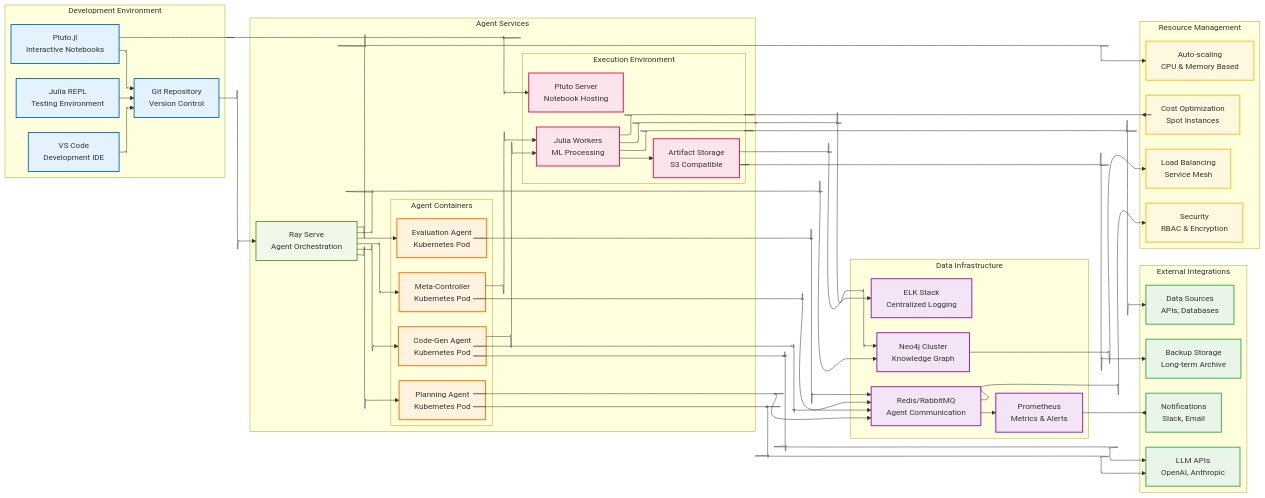
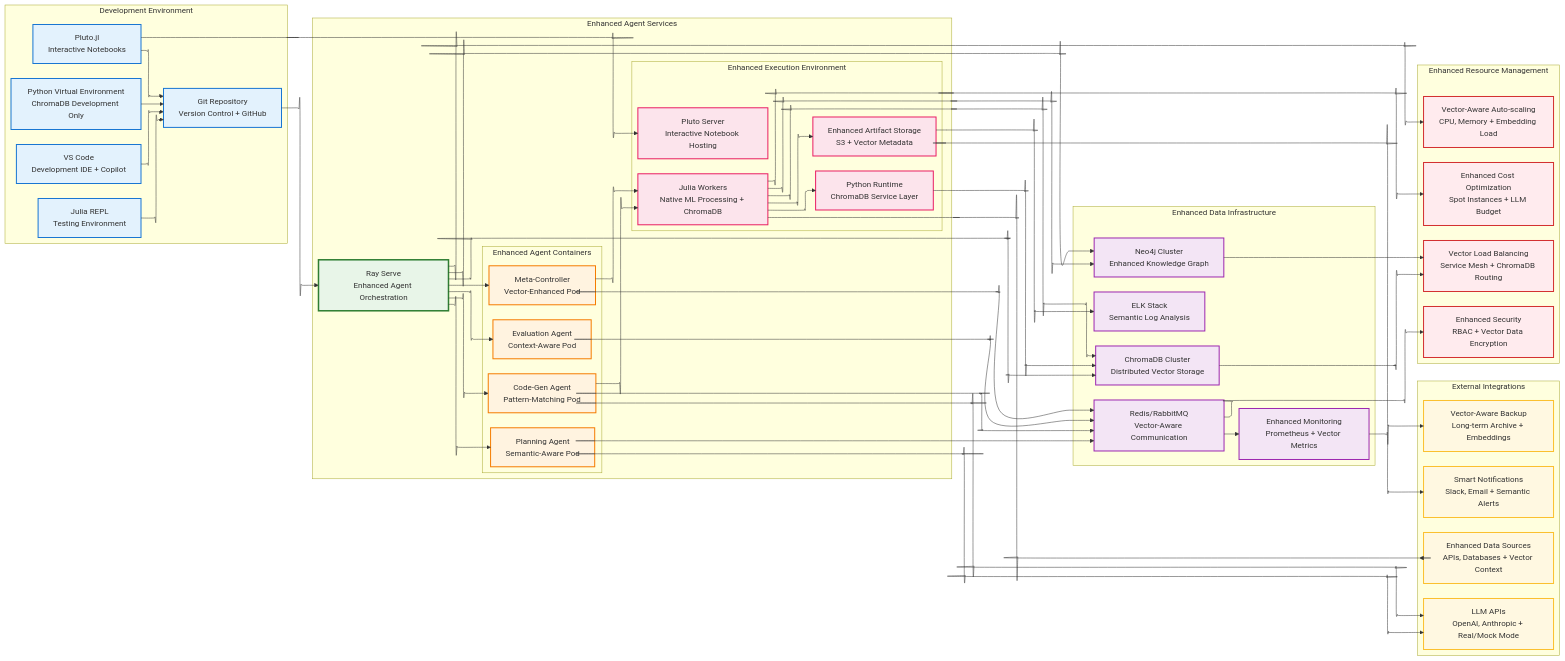
The seventh of 8 diagrams in docs/architecture_diagrams.md (rljonesiii/datamind), drawn with Mermaid before and after one commit. The commit also changed other lines of this file and 29 other files, not shown here.

````diff
--- a/docs/architecture_diagrams.md
+++ b/docs/architecture_diagrams.md
@@ -431,76 +658,84 @@
 %%{init: {"flowchart": {"htmlLabels": true, "curve": "cardinal", "useMaxWidth": true}, "layout": "elk"}}%%
 graph LR
     subgraph "Development Environment"
-        VSCODE["VS Code<br/>Development IDE"]
+        VSCODE["VS Code<br/>Development IDE + Copilot"]
         PLUTO["Pluto.jl<br/>Interactive Notebooks"]
         REPL["Julia REPL<br/>Testing Environment"]
-        GIT["Git Repository<br/>Version Control"]
+        GIT["Git Repository<br/>Version Control + GitHub"]
+        PYTHON_DEV["Python Virtual Environment<br/>ChromaDB Development Only"]
     end
     
-    subgraph "Agent Services"
-        ORCHESTRATOR["Ray Serve<br/>Agent Orchestration"]
+    subgraph "Enhanced Agent Services"
+        ORCHESTRATOR["Ray Serve<br/>Enhanced Agent Orchestration"]
         
-        subgraph "Agent Containers"
-            META["Meta-Controller<br/>Kubernetes Pod"]
-            PLAN["Planning Agent<br/>Kubernetes Pod"]
-            CODE["Code-Gen Agent<br/>Kubernetes Pod"]
-            EVAL["Evaluation Agent<br/>Kubernetes Pod"]
+        subgraph "Enhanced Agent Containers"
+            META["Meta-Controller<br/>Vector-Enhanced Pod"]
+            PLAN["Planning Agent<br/>Semantic-Aware Pod"]
+            CODE["Code-Gen Agent<br/>Pattern-Matching Pod"]
+            EVAL["Evaluation Agent<br/>Context-Aware Pod"]
         end
         
-        subgraph "Execution Environment"
-            JULIA_WORKER["Julia Workers<br/>ML Processing"]
-            PLUTO_SERVER["Pluto Server<br/>Notebook Hosting"]
-            ARTIFACT_STORE["Artifact Storage<br/>S3 Compatible"]
+        subgraph "Enhanced Execution Environment"
+            JULIA_WORKER["Julia Workers<br/>Native ML Processing + ChromaDB"]
+            PLUTO_SERVER["Pluto Server<br/>Interactive Notebook Hosting"]
+            ARTIFACT_STORE["Enhanced Artifact Storage<br/>S3 + Vector Metadata"]
+            PYTHON_RUNTIME["Python Runtime<br/>ChromaDB Service Layer"]
         end
     end
     
-    subgraph "Data Infrastructure"
-        GRAPH_DB["Neo4j Cluster<br/>Knowledge Graph"]
-        MESSAGE_BUS["Redis/RabbitMQ<br/>Agent Communication"]
-        MONITORING["Prometheus<br/>Metrics & Alerts"]
-        LOGGING["ELK Stack<br/>Centralized Logging"]
+    subgraph "Enhanced Data Infrastructure"
+        VECTOR_CLUSTER["ChromaDB Cluster<br/>Distributed Vector Storage"]
+        GRAPH_DB["Neo4j Cluster<br/>Enhanced Knowledge Graph"]
+        MESSAGE_BUS["Redis/RabbitMQ<br/>Vector-Aware Communication"]
+        MONITORING["Enhanced Monitoring<br/>Prometheus + Vector Metrics"]
+        LOGGING["ELK Stack<br/>Semantic Log Analysis"]
     end
     
     subgraph "External Integrations"
-        LLM_API["LLM APIs<br/>OpenAI, Anthropic"]
-        DATA_SOURCES["Data Sources<br/>APIs, Databases"]
-        NOTIFICATION["Notifications<br/>Slack, Email"]
-        BACKUP["Backup Storage<br/>Long-term Archive"]
+        LLM_API["LLM APIs<br/>OpenAI, Anthropic + Real/Mock Mode"]
+        DATA_SOURCES["Enhanced Data Sources<br/>APIs, Databases + Vector Context"]
+        NOTIFICATION["Smart Notifications<br/>Slack, Email + Semantic Alerts"]
+        BACKUP["Vector-Aware Backup<br/>Long-term Archive + Embeddings"]
     end
     
-    subgraph "Resource Management"
-        SCALING["Auto-scaling<br/>CPU & Memory Based"]
-        COST["Cost Optimization<br/>Spot Instances"]
-        SECURITY["Security<br/>RBAC & Encryption"]
-        NETWORKING["Load Balancing<br/>Service Mesh"]
+    subgraph "Enhanced Resource Management"
+        SCALING["Vector-Aware Auto-scaling<br/>CPU, Memory + Embedding Load"]
+        COST["Enhanced Cost Optimization<br/>Spot Instances + LLM Budget"]
+        SECURITY["Enhanced Security<br/>RBAC + Vector Data Encryption"]
+        NETWORKING["Vector Load Balancing<br/>Service Mesh + ChromaDB Routing"]
     end
     
     %% Development to Production Flow
     VSCODE --> GIT
     PLUTO --> GIT
     REPL --> GIT
+    PYTHON_DEV --> GIT
     GIT --> ORCHESTRATOR
     
-    %% Agent Orchestration
+    %% Enhanced Agent Orchestration
     ORCHESTRATOR --> META
     ORCHESTRATOR --> PLAN
     ORCHESTRATOR --> CODE
     ORCHESTRATOR --> EVAL
     
-    %% Agent Communication
+    %% Enhanced Agent Communication
     META --> MESSAGE_BUS
     PLAN --> MESSAGE_BUS
     CODE --> MESSAGE_BUS
     EVAL --> MESSAGE_BUS
     
-    %% Execution Flow
+    %% Enhanced Execution Flow
     META --> JULIA_WORKER
     CODE --> JULIA_WORKER
     PLUTO --> PLUTO_SERVER
     JULIA_WORKER --> ARTIFACT_STORE
+    JULIA_WORKER --> PYTHON_RUNTIME
+    PYTHON_RUNTIME --> VECTOR_CLUSTER
     
-    %% Data Infrastructure Connections
+    %% Enhanced Data Infrastructure Connections
+    ORCHESTRATOR --> VECTOR_CLUSTER
     ORCHESTRATOR --> GRAPH_DB
+    JULIA_WORKER --> VECTOR_CLUSTER
     JULIA_WORKER --> GRAPH_DB
     MESSAGE_BUS --> MONITORING
     ARTIFACT_STORE --> LOGGING
@@ -512,26 +747,28 @@
     MONITORING --> NOTIFICATION
     ARTIFACT_STORE --> BACKUP
     
-    %% Resource Management
+    %% Enhanced Resource Management
     ORCHESTRATOR --> SCALING
     JULIA_WORKER --> COST
     MESSAGE_BUS --> SECURITY
+    VECTOR_CLUSTER --> NETWORKING
     GRAPH_DB --> NETWORKING
     
     %% Styling
     classDef development fill:#e3f2fd,stroke:#1976d2,stroke-width:2px
+    classDef enhanced fill:#e8f5e8,stroke:#2e7d32,stroke-width:3px
     classDef agents fill:#f1f8e9,stroke:#689f38,stroke-width:2px
     classDef containers fill:#fff3e0,stroke:#f57c00,stroke-width:2px
     classDef execution fill:#fce4ec,stroke:#e91e63,stroke-width:2px
     classDef infrastructure fill:#f3e5f5,stroke:#9c27b0,stroke-width:2px
-    classDef external fill:#e8f5e8,stroke:#4caf50,stroke-width:2px
-    classDef management fill:#fff8e1,stroke:#fbc02d,stroke-width:2px
+    classDef external fill:#fff8e1,stroke:#fbc02d,stroke-width:2px
+    classDef management fill:#ffebee,stroke:#d32f2f,stroke-width:2px
     
-    class VSCODE,PLUTO,REPL,GIT development
-    class ORCHESTRATOR agents
+    class VSCODE,PLUTO,REPL,GIT,PYTHON_DEV development
+    class ORCHESTRATOR enhanced
     class META,PLAN,CODE,EVAL containers
-    class JULIA_WORKER,PLUTO_SERVER,ARTIFACT_STORE execution
-    class GRAPH_DB,MESSAGE_BUS,MONITORING,LOGGING infrastructure
+    class JULIA_WORKER,PLUTO_SERVER,ARTIFACT_STORE,PYTHON_RUNTIME execution
+    class VECTOR_CLUSTER,GRAPH_DB,MESSAGE_BUS,MONITORING,LOGGING infrastructure
     class LLM_API,DATA_SOURCES,NOTIFICATION,BACKUP external
     class SCALING,COST,SECURITY,NETWORKING management
 ```
````
